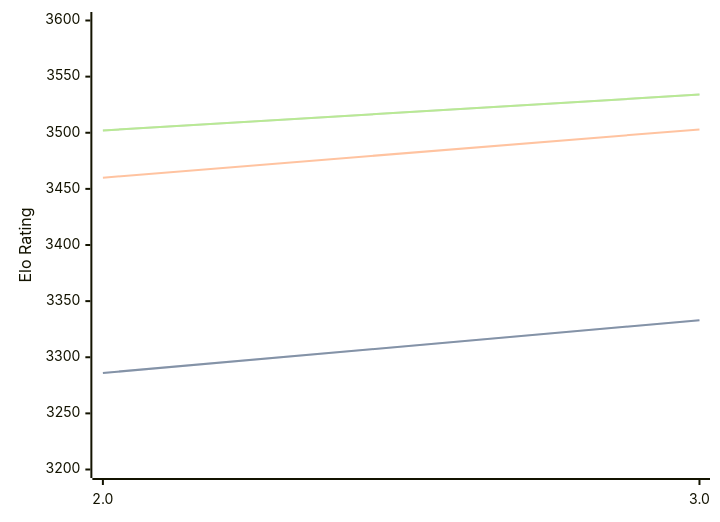
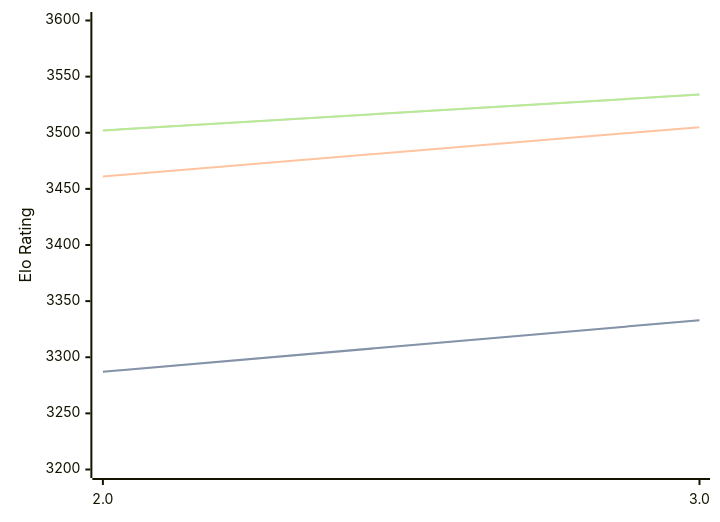
The first of 3 diagrams in engines/Quanticade.md (computer-chess-index/cci), drawn with Mermaid before and after one commit. The commit also changed other lines of this file, not shown here.

````diff
--- a/engines/Quanticade.md
+++ b/engines/Quanticade.md
@@ -41,11 +41,11 @@
 ```mermaid
 %%{init: {"theme":"base","themeVariables":{"seriesColors:['#a3a3a3','#222221','#faa371']}}}%%
 xychart-beta
   x-axis ["2.0", "3.0"]
   y-axis "Elo Rating" 3200 --> 3600
-  line "STC (8.0+0.08s)" [3286, 3333]
-  line "STC (8.0+0.08s)" [3286, 3333]
-  line "LTC (60.0+0.60s)" [3460, 3503]
+  line "STC (8.0+0.08s)" [3287, 3333]
+  line "STC (8.0+0.08s)" [3287, 3333]
+  line "LTC (60.0+0.60s)" [3461, 3505]
   line "VLTC (2m24s+1.12s)" [3502, 3534]
   line "VLTC (2m24s+1.12s)" [3502, 3534]
 ```
````
